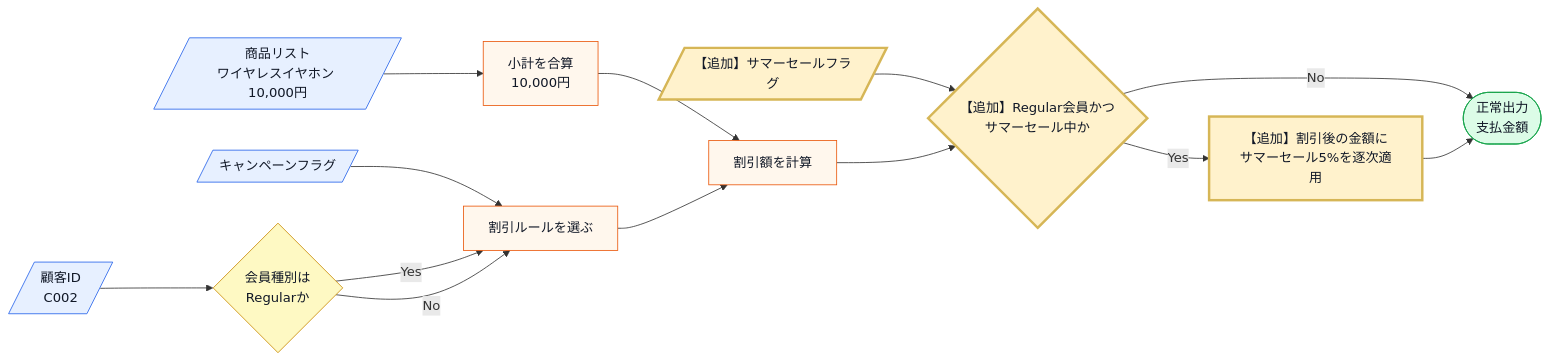
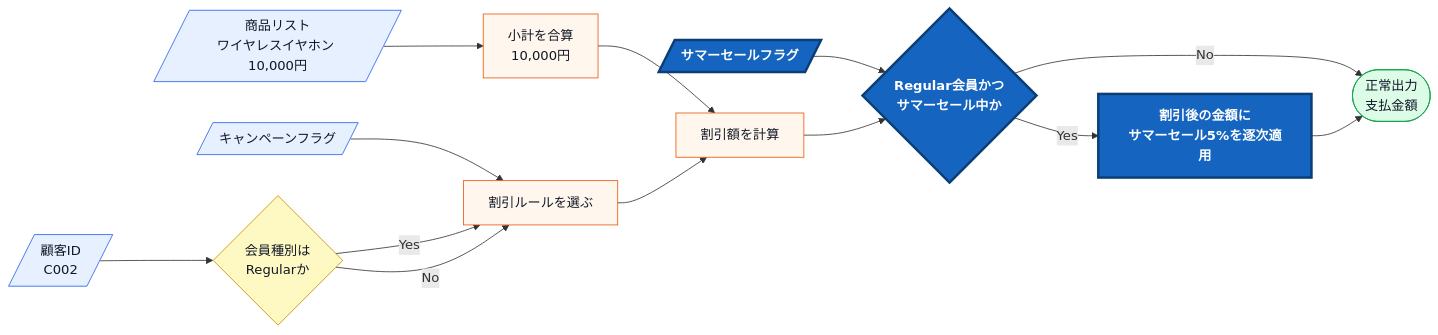
One commit to kumachan1101-pixel/DesignPattern changed the fifth of 11 diagrams in kindle/design-patterns/output/chapter01.md. Above: the diagram before and after it, drawn with Mermaid. The commit also changed 19 other files, not shown here.

First line of the commit message:
図の変更箇所を色で示し、変更前後の対比の説明構造をそろえる

````diff
--- a/kindle/design-patterns/output/chapter01.md
+++ b/kindle/design-patterns/output/chapter01.md
@@ -924,22 +924,22 @@
 ```mermaid
 flowchart LR
     A[/商品リスト<br>ワイヤレスイヤホン 10,000円/]:::input --> G[小計を合算<br>10,000円]:::process
     C[/顧客ID<br>C002/]:::input --> D{会員種別は<br>Regularか}:::decision
     E[/キャンペーンフラグ/]:::input --> H[割引ルールを選ぶ]:::process
-    S[/【追加】サマーセールフラグ/]:::input --> T{【追加】Regular会員かつ<br>サマーセール中か}:::decision
+    S[/サマーセールフラグ/]:::input --> T{Regular会員かつ<br>サマーセール中か}:::decision
     D -->|Yes| H
     D -->|No| H
     G --> I[割引額を計算]:::process
     H --> I
     I --> T
-    T -->|Yes| U[【追加】割引後の金額に<br>サマーセール5%を逐次適用]:::process
+    T -->|Yes| U[割引後の金額に<br>サマーセール5%を逐次適用]:::process
     T -->|No| J([正常出力<br>支払金額]):::normal
     U --> J
 
     classDef input fill:#e7f0ff,stroke:#2563eb,color:#111827;
     classDef process fill:#fff7ed,stroke:#ea580c,color:#111827;
     classDef decision fill:#fef9c3,stroke:#ca8a04,color:#111827;
     classDef normal fill:#dcfce7,stroke:#16a34a,color:#111827;
-    classDef changed fill:#fff2cc,stroke:#d6b656,stroke-width:3px,color:#111827;
+    classDef changed fill:#1565c0,stroke:#0b3d76,stroke-width:3px,color:#ffffff,font-weight:bold;
     class S,T,U changed;
 ```
````
